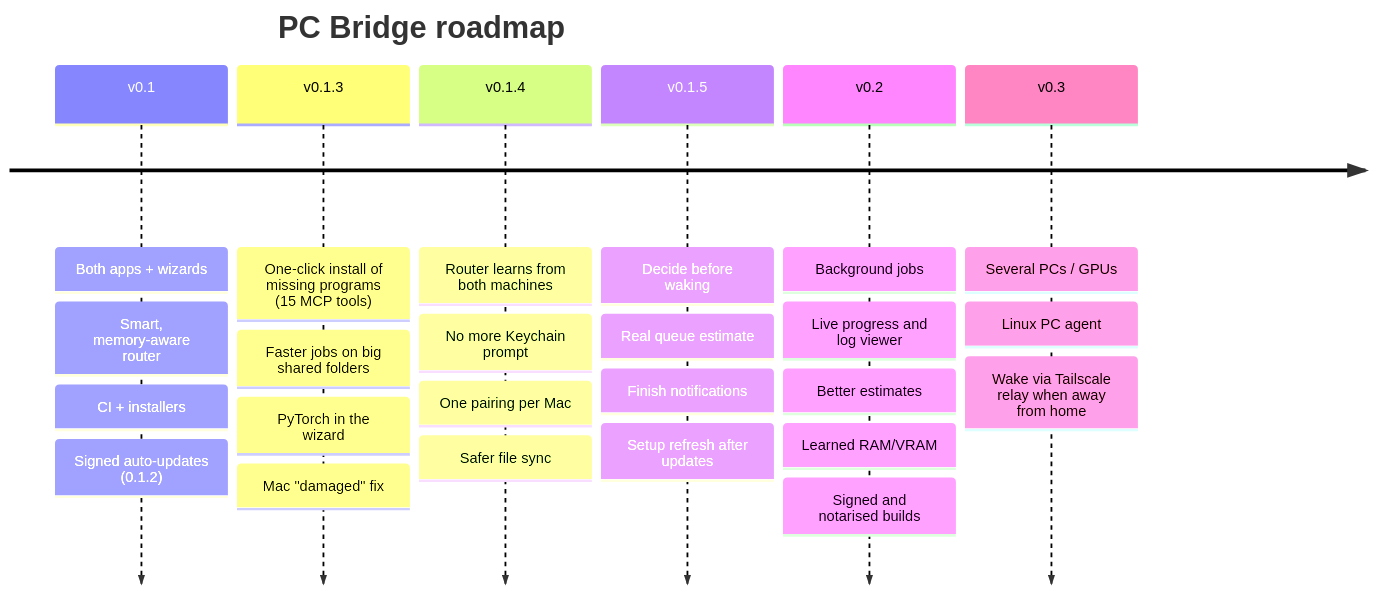
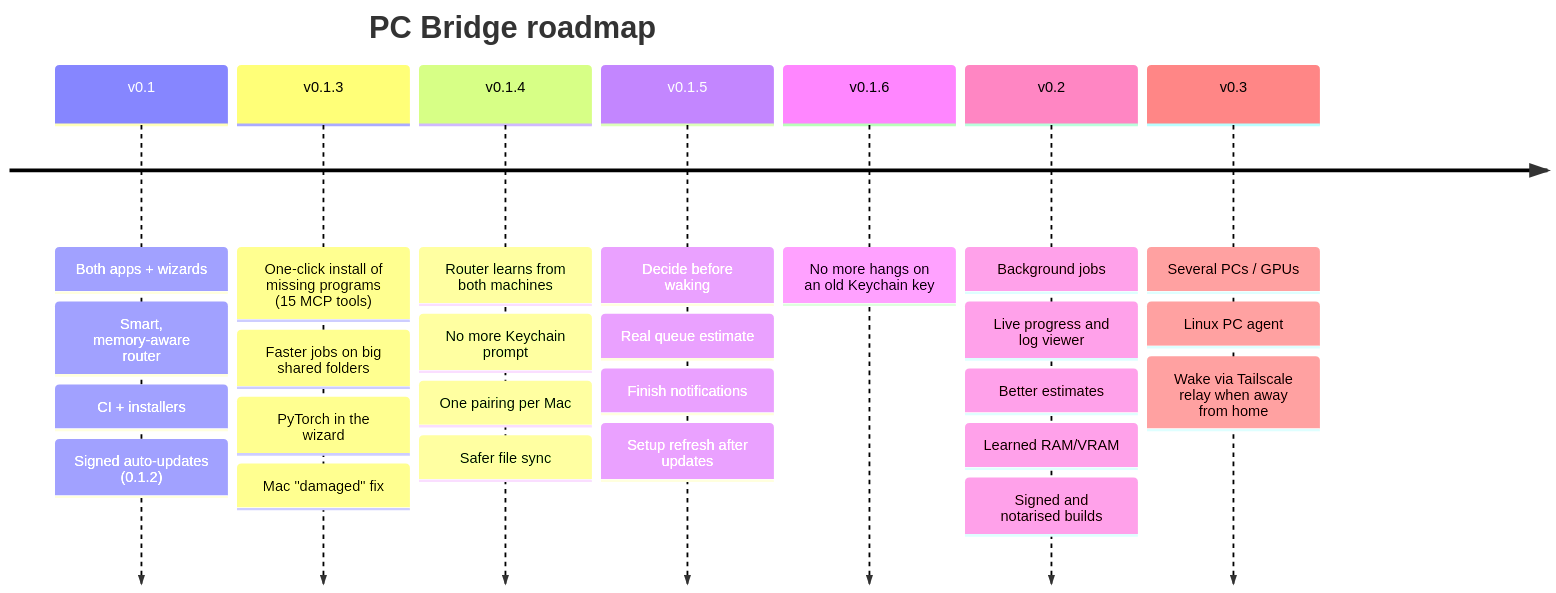
One commit to walidriachy/pc-gpu-bridge changed the second of 2 diagrams in README.md. Above: the diagram before and after it, drawn with Mermaid. The commit also changed 15 other files, not shown here.

````diff
--- a/README.md
+++ b/README.md
@@ -195,10 +195,11 @@
 ```mermaid
 timeline
   title PC Bridge roadmap
   v0.1 : Both apps + wizards : Smart, memory-aware router : CI + installers : Signed auto-updates (0.1.2)
   v0.1.3 : One-click install of missing programs (15 MCP tools) : Faster jobs on big shared folders : PyTorch in the wizard : Mac "damaged" fix
   v0.1.4 : Router learns from both machines : No more Keychain prompt : One pairing per Mac : Safer file sync
   v0.1.5 : Decide before waking : Real queue estimate : Finish notifications : Setup refresh after updates
+  v0.1.6 : No more hangs on an old Keychain key
   v0.2 : Background jobs : Live progress and log viewer : Better estimates : Learned RAM/VRAM : Signed and notarised builds
   v0.3 : Several PCs / GPUs : Linux PC agent : Wake via Tailscale relay when away from home
 ```
````
